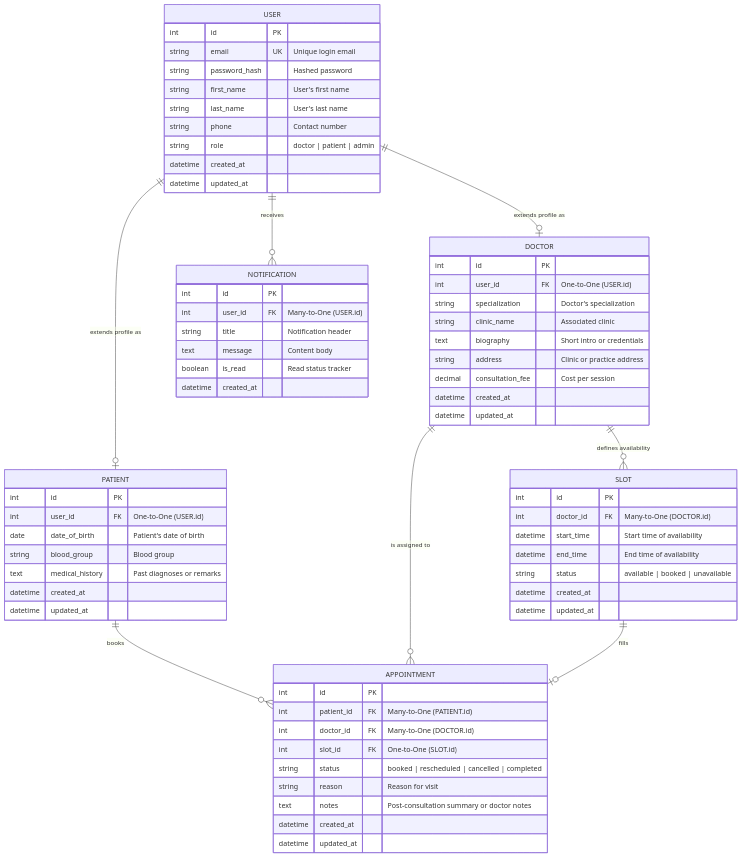
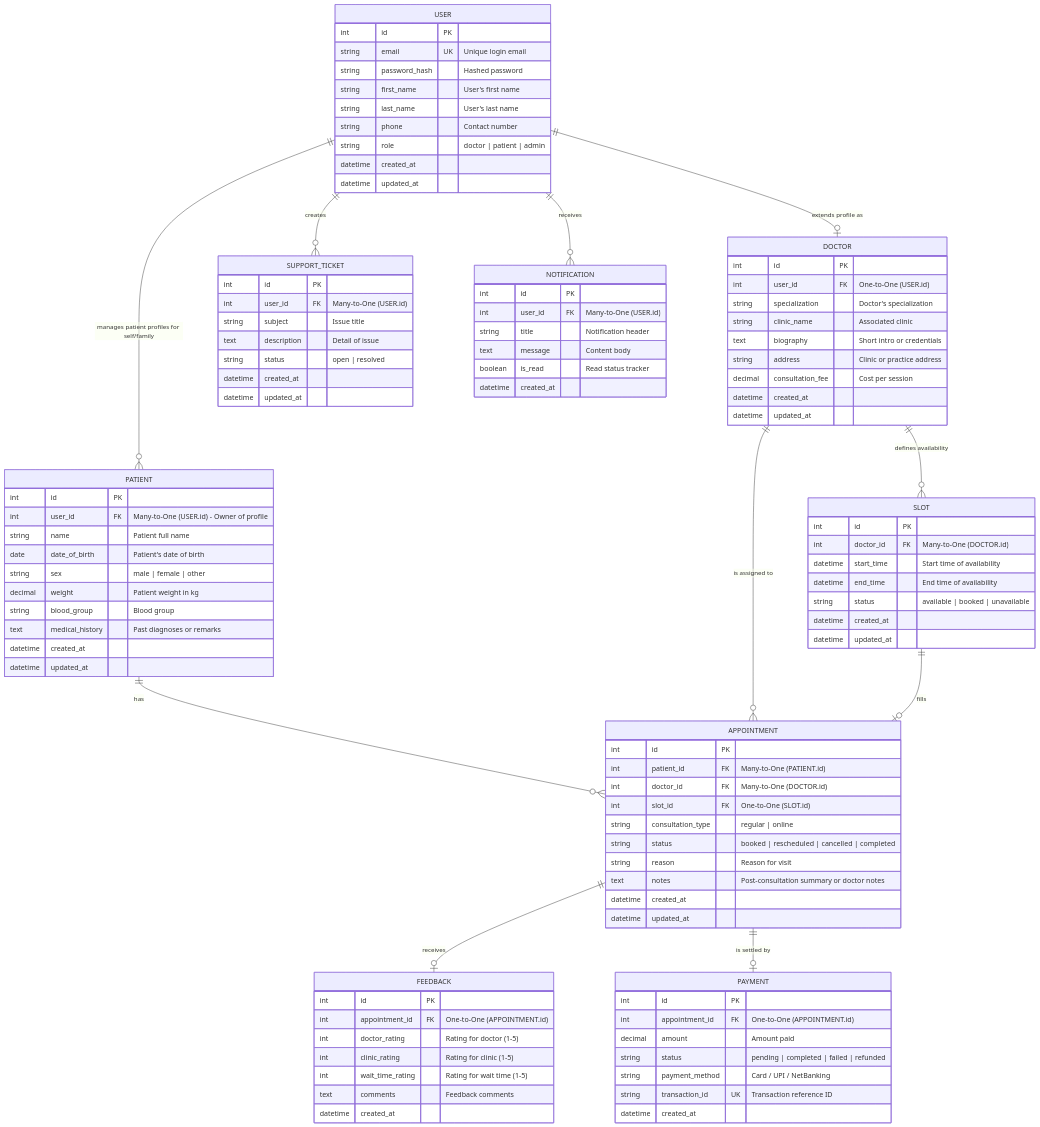
One commit to Saurabhch6398/schedula-saurabh changed the diagram in docs/ER_DIAGRAM.md. Above: the diagram before and after it, drawn with Mermaid. The commit also changed other lines of this file, not shown here.

Commit message:
docs: update ER diagram to include wireframe details

````diff
--- a/docs/ER_DIAGRAM.md
+++ b/docs/ER_DIAGRAM.md
@@ -36,8 +36,11 @@
 
     PATIENT {
         int id PK
-        int user_id FK "One-to-One (USER.id)"
+        int user_id FK "Many-to-One (USER.id) - Owner of profile"
+        string name "Patient full name"
         date date_of_birth "Patient's date of birth"
+        string sex "male | female | other"
+        decimal weight "Patient weight in kg"
         string blood_group "Blood group"
         text medical_history "Past diagnoses or remarks"
         datetime created_at
@@ -59,9 +62,40 @@
         int patient_id FK "Many-to-One (PATIENT.id)"
         int doctor_id FK "Many-to-One (DOCTOR.id)"
         int slot_id FK "One-to-One (SLOT.id)"
+        string consultation_type "regular | online"
         string status "booked | rescheduled | cancelled | completed"
         string reason "Reason for visit"
         text notes "Post-consultation summary or doctor notes"
+        datetime created_at
+        datetime updated_at
+    }
+
+    FEEDBACK {
+        int id PK
+        int appointment_id FK "One-to-One (APPOINTMENT.id)"
+        int doctor_rating "Rating for doctor (1-5)"
+        int clinic_rating "Rating for clinic (1-5)"
+        int wait_time_rating "Rating for wait time (1-5)"
+        text comments "Feedback comments"
+        datetime created_at
+    }
+
+    PAYMENT {
+        int id PK
+        int appointment_id FK "One-to-One (APPOINTMENT.id)"
+        decimal amount "Amount paid"
+        string status "pending | completed | failed | refunded"
+        string payment_method "Card / UPI / NetBanking"
+        string transaction_id UK "Transaction reference ID"
+        datetime created_at
+    }
+
+    SUPPORT_TICKET {
+        int id PK
+        int user_id FK "Many-to-One (USER.id)"
+        string subject "Issue title"
+        text description "Detail of issue"
+        string status "open | resolved"
         datetime created_at
         datetime updated_at
     }
@@ -76,10 +110,13 @@
     }
 
     USER ||--o| DOCTOR : "extends profile as"
-    USER ||--o| PATIENT : "extends profile as"
+    USER ||--o{ PATIENT : "manages patient profiles for self/family"
     DOCTOR ||--o{ SLOT : "defines availability"
-    PATIENT ||--o{ APPOINTMENT : "books"
+    PATIENT ||--o{ APPOINTMENT : "has"
     DOCTOR ||--o{ APPOINTMENT : "is assigned to"
     SLOT ||--o| APPOINTMENT : "fills"
+    APPOINTMENT ||--o| FEEDBACK : "receives"
+    APPOINTMENT ||--o| PAYMENT : "is settled by"
+    USER ||--o{ SUPPORT_TICKET : "creates"
     USER ||--o{ NOTIFICATION : "receives"
 ```
````
